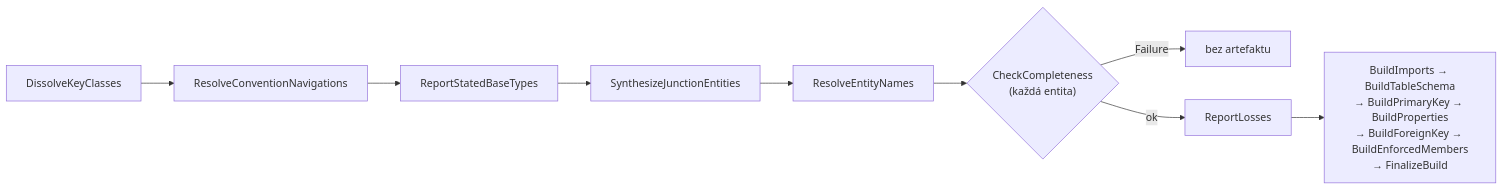
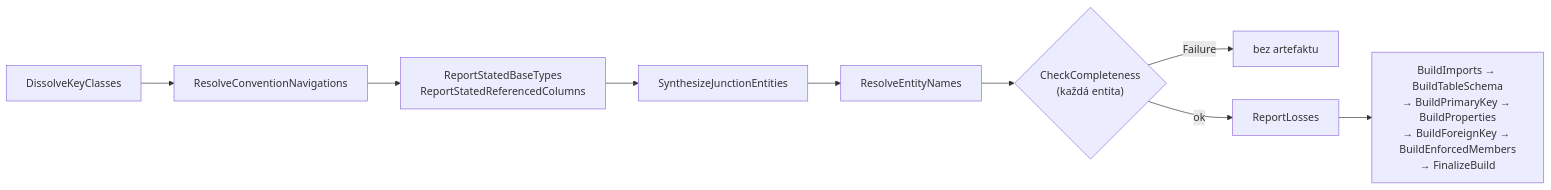
Diagram 15 of 17 in docs/architecture.md (MiraStochel/orm-convertor), drawn with Mermaid before and after one commit. The commit also changed other lines of this file and 18 other files, not shown here.

````diff
--- a/docs/architecture.md
+++ b/docs/architecture.md
@@ -1072,11 +1074,11 @@
 ```mermaid
 flowchart LR
   A[DissolveKeyClasses] --> B[ResolveConventionNavigations]
-  B --> C[ReportStatedBaseTypes]
+  B --> C["ReportStatedBaseTypes<br/>ReportStatedReferencedColumns"]
   C --> D[SynthesizeJunctionEntities]
   D --> E[ResolveEntityNames]
   E --> F{"CheckCompleteness<br/>(každá entita)"}
   F -->|Failure| X["bez artefaktu"]
   F -->|ok| G[ReportLosses]
   G --> H["BuildImports → BuildTableSchema<br/>→ BuildPrimaryKey → BuildProperties<br/>→ BuildForeignKey → BuildEnforcedMembers<br/>→ FinalizeBuild"]
 ```
````
